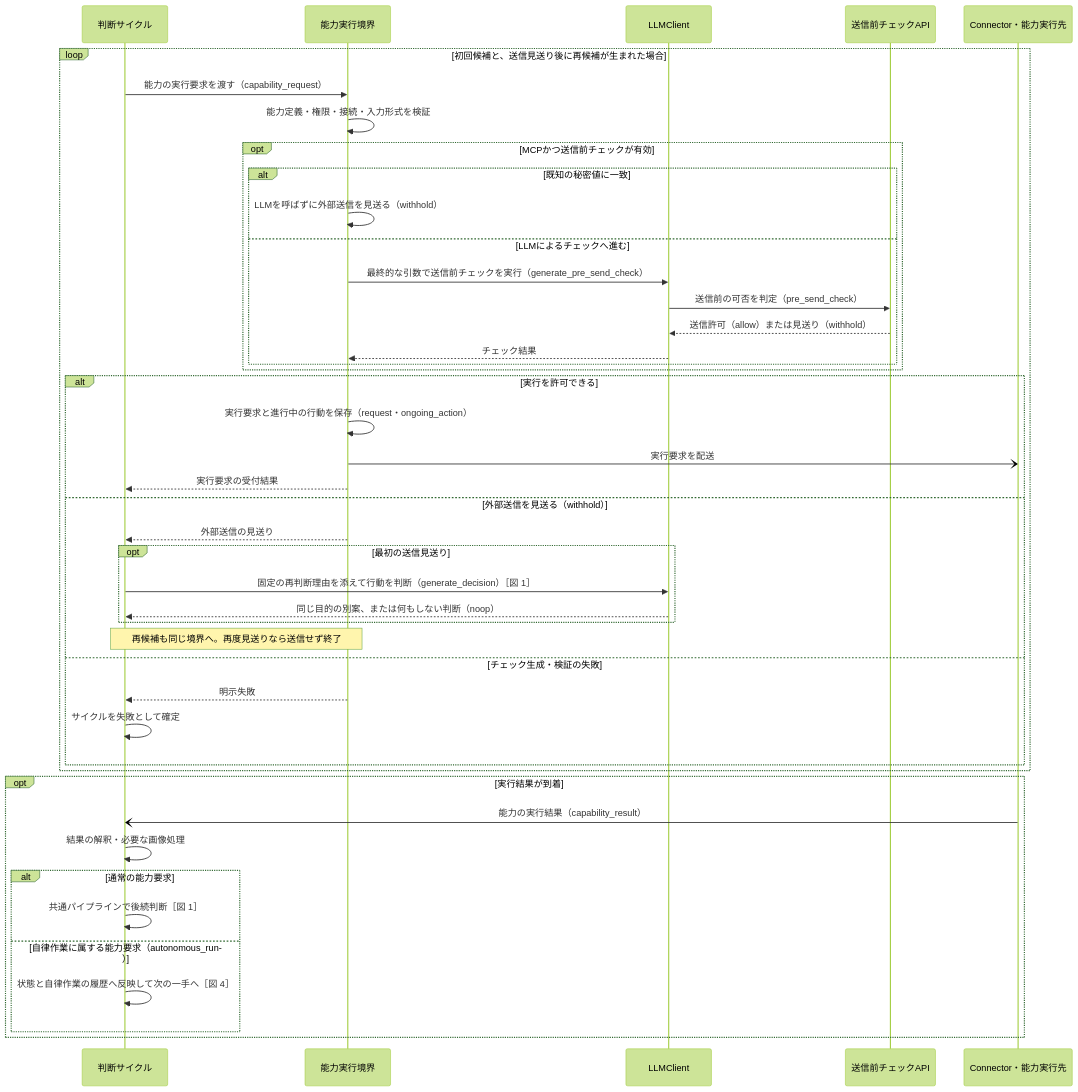
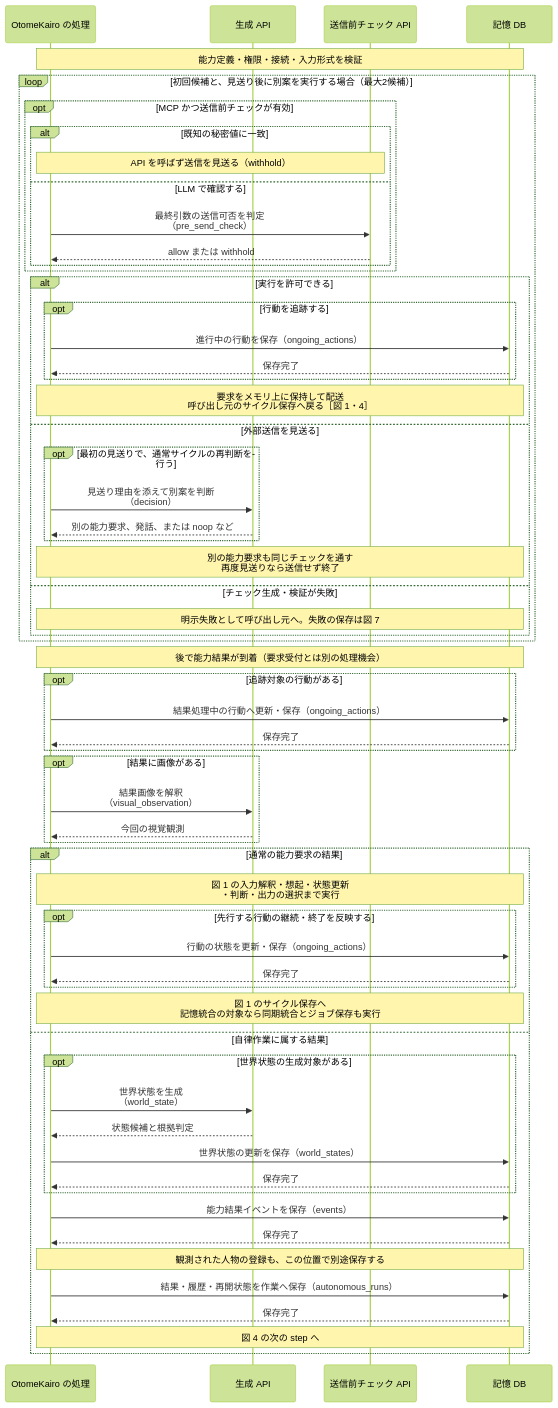
One commit to hirona98/OtomeKairo changed the second of 7 diagrams in docs/design/llm/LLM呼び出しシーケンス.md. Above: the diagram before and after it, drawn with Mermaid (forest theme). The commit also changed other lines of this file and 2 other files, not shown here.

Commit message:
シーケンス図修正

````diff
--- a/docs/design/llm/LLM呼び出しシーケンス.md
+++ b/docs/design/llm/LLM呼び出しシーケンス.md
@@ -161,47 +178,65 @@
 ```mermaid
 sequenceDiagram
-    participant C as 判断サイクル
-    participant B as 能力実行境界
-    participant L as LLMClient
-    participant P as 送信前チェックAPI
-    participant X as Connector・能力実行先
+    participant C as OtomeKairo の処理
+    participant L as 生成 API
+    participant P as 送信前チェック API
+    participant D as 記憶 DB
 
-    loop 初回候補と、送信見送り後に再候補が生まれた場合
-        C->>B: 能力の実行要求を渡す（capability_request）
-        B->>B: 能力定義・権限・接続・入力形式を検証
-        opt MCPかつ送信前チェックが有効
+    Note over C,D: 能力定義・権限・接続・入力形式を検証
+    loop 初回候補と、見送り後に別案を実行する場合（最大2候補）
+        opt MCP かつ送信前チェックが有効
             alt 既知の秘密値に一致
-                B->>B: LLMを呼ばずに外部送信を見送る（withhold）
-            else LLMによるチェックへ進む
-                B->>L: 最終的な引数で送信前チェックを実行（generate_pre_send_check）
-                L->>P: 送信前の可否を判定（pre_send_check）
-                P-->>L: 送信許可（allow）または見送り（withhold）
-                L-->>B: チェック結果
+                Note over C,P: API を呼ばず送信を見送る（withhold）
+            else LLM で確認する
+                C->>P: 最終引数の送信可否を判定<br>（pre_send_check）
+                P-->>C: allow または withhold
             end
         end
         alt 実行を許可できる
-            B->>B: 実行要求と進行中の行動を保存（request・ongoing_action）
-            B-)X: 実行要求を配送
-            B-->>C: 実行要求の受付結果
-        else 外部送信を見送る（withhold）
-            B-->>C: 外部送信の見送り
-            opt 最初の送信見送り
-                C->>L: 固定の再判断理由を添えて行動を判断（generate_decision）［図 1］
-                L-->>C: 同じ目的の別案、または何もしない判断（noop）
+            opt 行動を追跡する
+                C->>D: 進行中の行動を保存（ongoing_actions）
+                D-->>C: 保存完了
             end
-            Note over C,B: 再候補も同じ境界へ。再度見送りなら送信せず終了
-        else チェック生成・検証の失敗
-            B-->>C: 明示失敗
-            C->>C: サイクルを失敗として確定
+            Note over C,D: 要求をメモリ上に保持して配送<br>呼び出し元のサイクル保存へ戻る［図 1・4］
+        else 外部送信を見送る
+            opt 最初の見送りで、通常サイクルの再判断を行う
+                C->>L: 見送り理由を添えて別案を判断<br>（decision）
+                L-->>C: 別の能力要求、発話、または noop など
+            end
+            Note over C,D: 別の能力要求も同じチェックを通す<br>再度見送りなら送信せず終了
+        else チェック生成・検証が失敗
+            Note over C,D: 明示失敗として呼び出し元へ。失敗の保存は図 7
         end
     end
-    opt 実行結果が到着
-        X-)C: 能力の実行結果（capability_result）
-        C->>C: 結果の解釈・必要な画像処理
-        alt 通常の能力要求
-            C->>C: 共通パイプラインで後続判断［図 1］
-        else 自律作業に属する能力要求（autonomous_run）
-            C->>C: 状態と自律作業の履歴へ反映して次の一手へ［図 4］
+
+    Note over C,D: 後で能力結果が到着（要求受付とは別の処理機会）
+    opt 追跡対象の行動がある
+        C->>D: 結果処理中の行動へ更新・保存（ongoing_actions）
+        D-->>C: 保存完了
+    end
+    opt 結果に画像がある
+        C->>L: 結果画像を解釈<br>（visual_observation）
+        L-->>C: 今回の視覚観測
+    end
+    alt 通常の能力要求の結果
+        Note over C,D: 図 1 の入力解釈・想起・状態更新<br>・判断・出力の選択まで実行
+        opt 先行する行動の継続・終了を反映する
+            C->>D: 行動の状態を更新・保存（ongoing_actions）
+            D-->>C: 保存完了
         end
+        Note over C,D: 図 1 のサイクル保存へ<br>記憶統合の対象なら同期統合とジョブ保存も実行
+    else 自律作業に属する結果
+        opt 世界状態の生成対象がある
+            C->>L: 世界状態を生成<br>（world_state）
+            L-->>C: 状態候補と根拠判定
+            C->>D: 世界状態の更新を保存（world_states）
+            D-->>C: 保存完了
+        end
+        C->>D: 能力結果イベントを保存（events）
+        D-->>C: 保存完了
+        Note over C,D: 観測された人物の登録も、この位置で別途保存する
+        C->>D: 結果・履歴・再開状態を作業へ保存（autonomous_runs）
+        D-->>C: 保存完了
+        Note over C,D: 図 4 の次の step へ
     end
 ```
````
